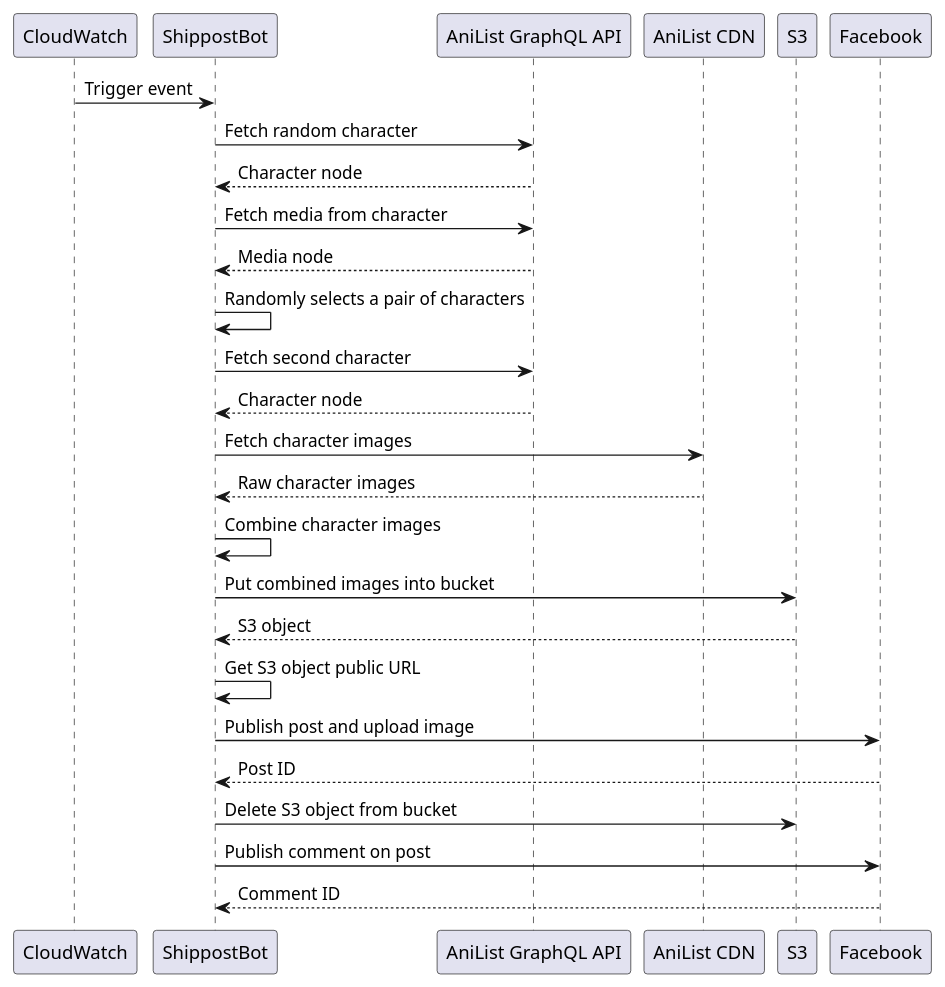
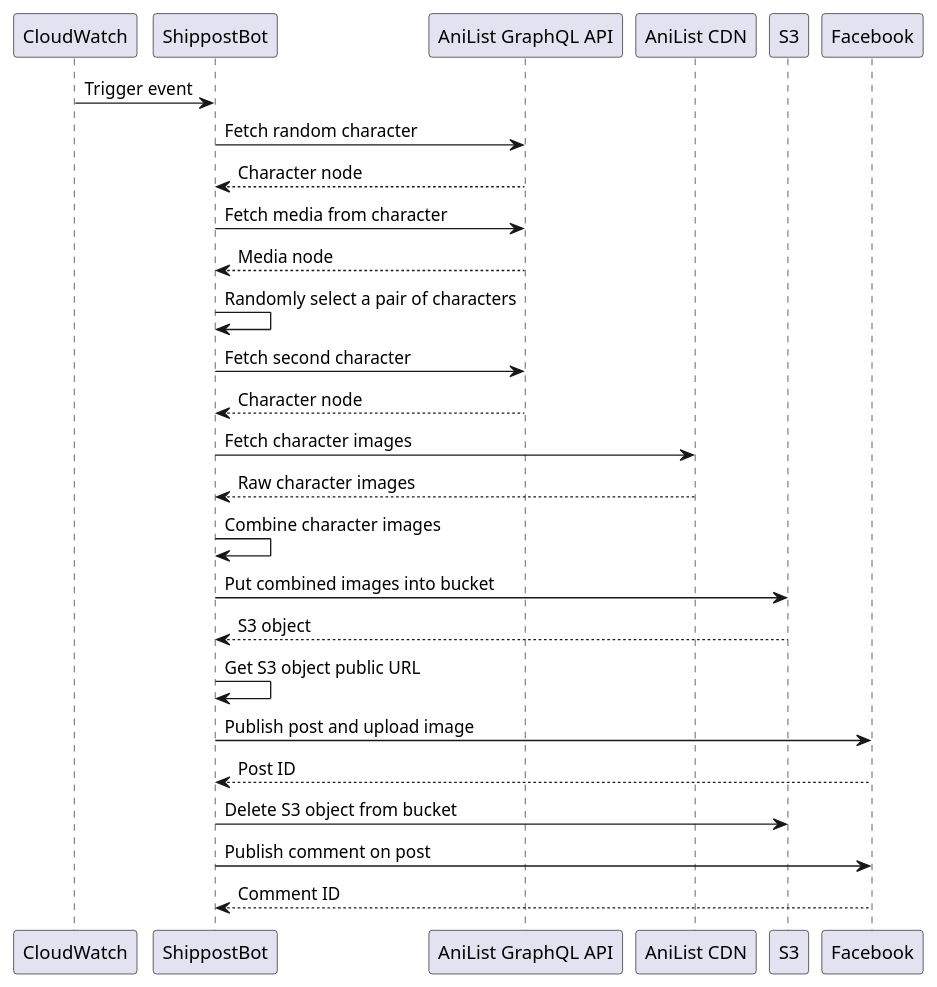
The diagram in diagrams/shippostbot_0.1.0.wsd (frizz925/shippostbot), drawn with PlantUML before and after one commit.

Commit message:
Minor rewording

```diff
--- a/diagrams/shippostbot_0.1.0.wsd
+++ b/diagrams/shippostbot_0.1.0.wsd
@@ -1,21 +1,21 @@
 @startuml ShippostBot
 CloudWatch -> ShippostBot: Trigger event
 ShippostBot -> "AniList GraphQL API": Fetch random character
 ShippostBot <-- "AniList GraphQL API": Character node
 ShippostBot -> "AniList GraphQL API": Fetch media from character
 ShippostBot <-- "AniList GraphQL API": Media node
-ShippostBot -> ShippostBot: Randomly selects a pair of characters
+ShippostBot -> ShippostBot: Randomly select a pair of characters
 ShippostBot -> "AniList GraphQL API": Fetch second character
 ShippostBot <-- "AniList GraphQL API": Character node
 ShippostBot -> "AniList CDN": Fetch character images
 ShippostBot <-- "AniList CDN": Raw character images
 ShippostBot -> ShippostBot: Combine character images
 ShippostBot -> S3: Put combined images into bucket
 ShippostBot <-- S3: S3 object
 ShippostBot -> ShippostBot: Get S3 object public URL
 ShippostBot -> Facebook: Publish post and upload image
 ShippostBot <-- Facebook: Post ID
 ShippostBot -> S3: Delete S3 object from bucket
 ShippostBot -> Facebook: Publish comment on post
 ShippostBot <-- Facebook: Comment ID
 @enduml
```
